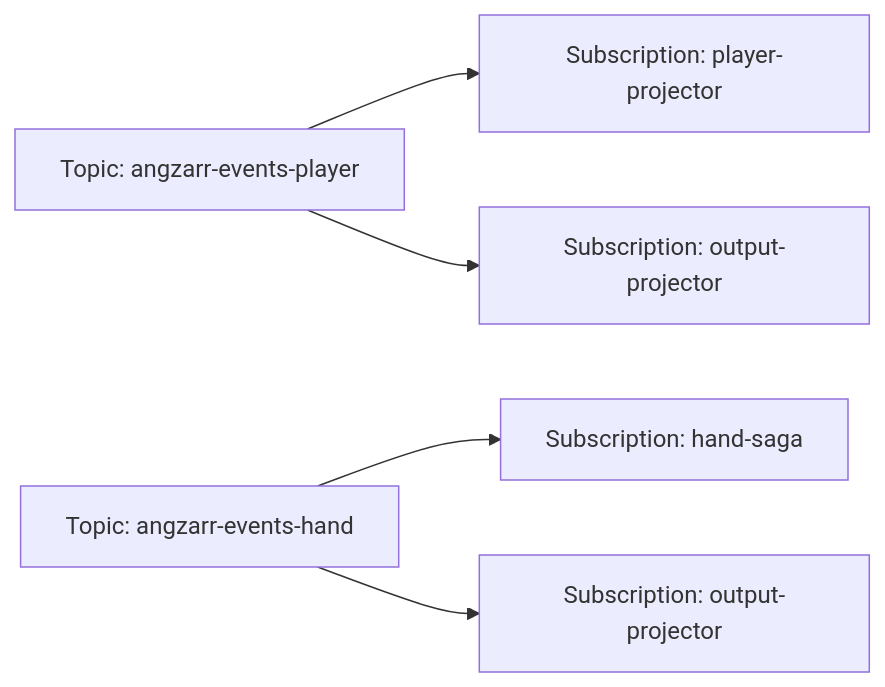
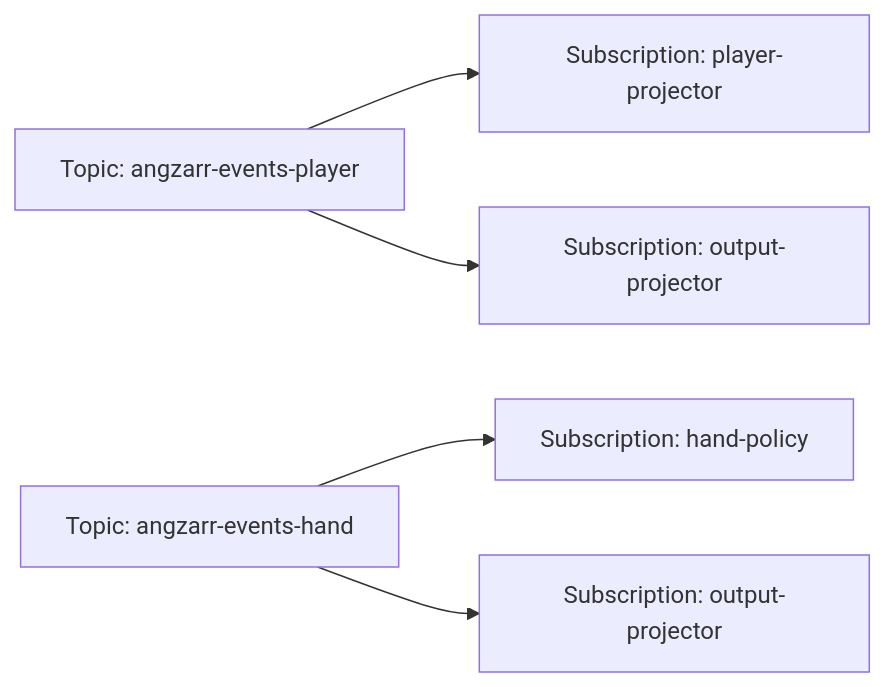
The first of 2 diagrams in site/src/content/docs/tooling/buses/pubsub.md (angzarr-io/angzarr-project), drawn with Mermaid before and after one commit. The commit also changed 52 other files, not shown here.

````diff
--- a/site/src/content/docs/tooling/buses/pubsub.md
+++ b/site/src/content/docs/tooling/buses/pubsub.md
@@ -54,7 +54,7 @@
 ```mermaid
 flowchart LR
     TP["Topic: angzarr-events-player"] --> PP[Subscription: player-projector]
     TP --> OP1[Subscription: output-projector]
-    TH["Topic: angzarr-events-hand"] --> HS[Subscription: hand-saga]
+    TH["Topic: angzarr-events-hand"] --> HS[Subscription: hand-policy]
     TH --> OP2[Subscription: output-projector]
 ```
````
